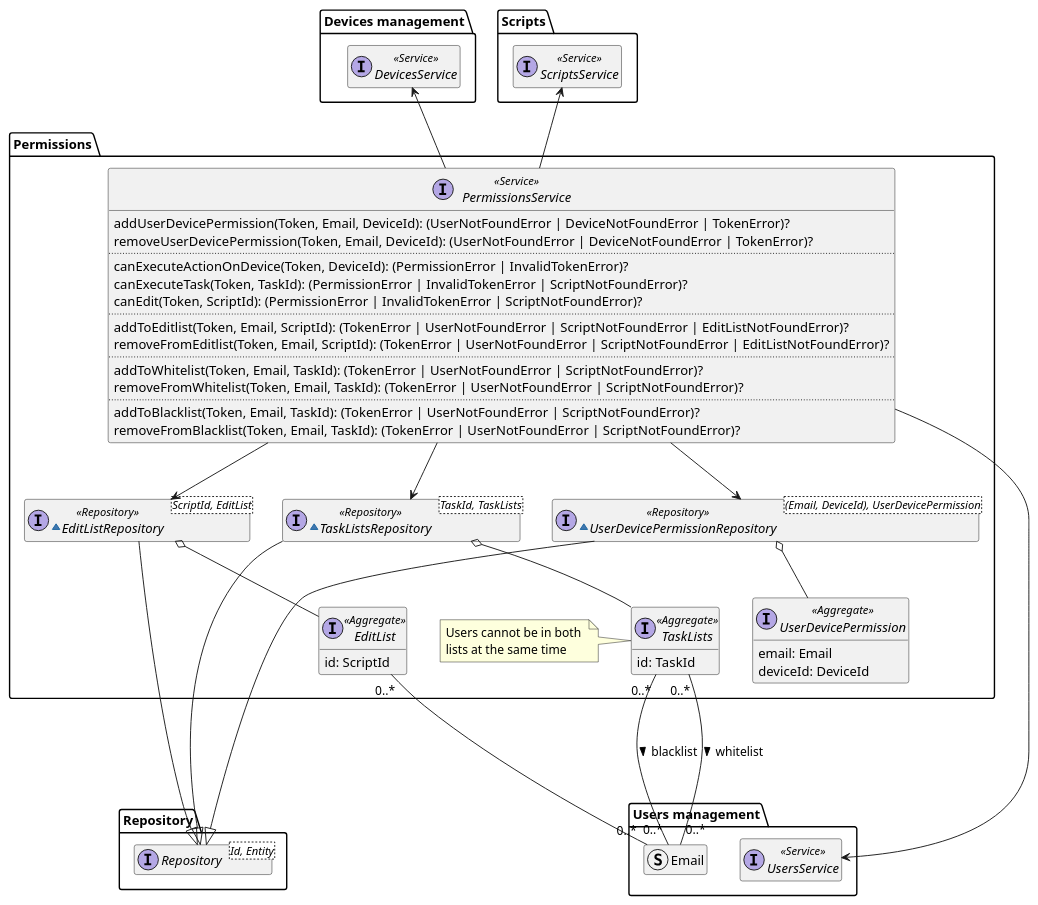
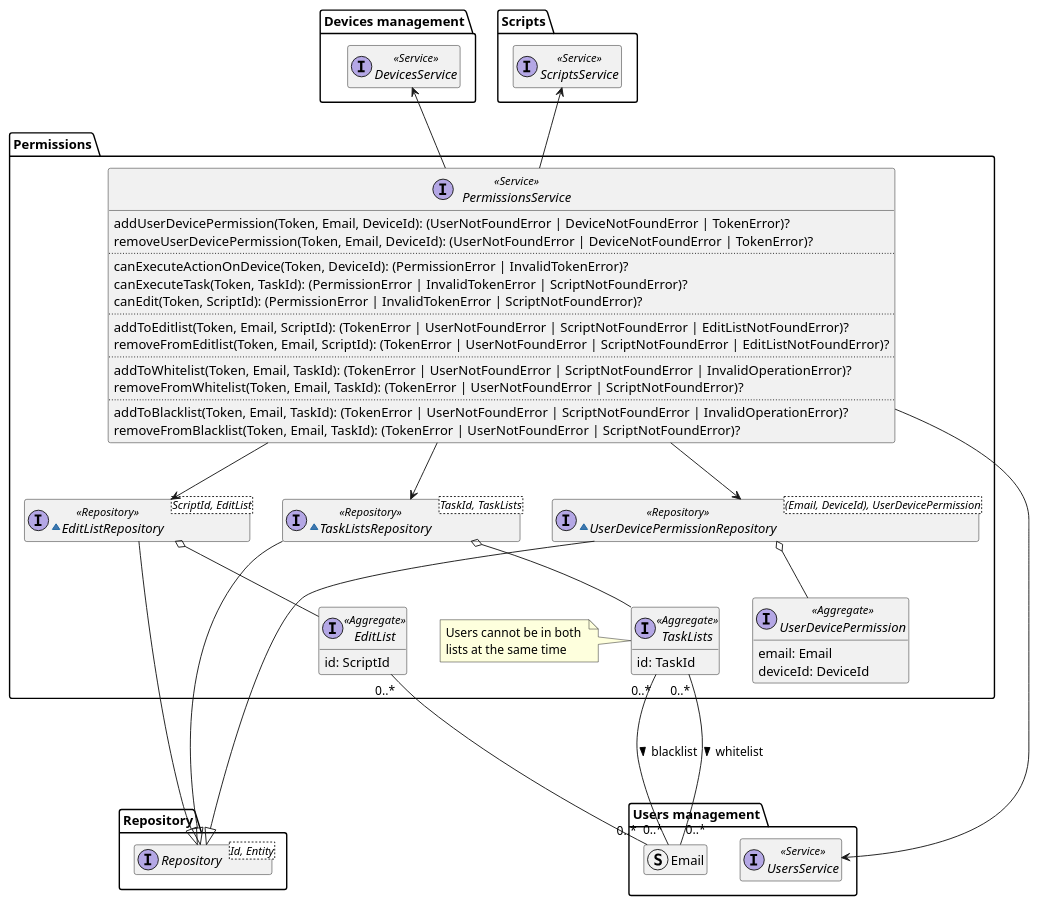
Before and after one commit to DomoticASW/.github: the diagram in diagrams/src/permissions-domain-model.puml, drawn with PlantUML. The commit also changed 1 other file, not shown here.

Commit message:
add errors in diagram

```diff
--- a/diagrams/src/permissions-domain-model.puml
+++ b/diagrams/src/permissions-domain-model.puml
@@ -2,86 +2,86 @@
 @startuml permissions-domain-model
 
 hide empty members
 package Repository{
     interface Repository<Id, Entity>
 }
 
 package "Users management" as UsersManagement {
     interface UsersService <<Service>>
     struct Email
 }
 
 package "Devices management" as DevicesManagement {
     interface DevicesService <<Service>>
 }
 
 package Scripts {
     interface ScriptsService <<Service>>
 }
 
 package "Permissions" {
     interface PermissionsService <<Service>> {
         addUserDevicePermission(Token, Email, DeviceId): (UserNotFoundError | DeviceNotFoundError | TokenError)?
         removeUserDevicePermission(Token, Email, DeviceId): (UserNotFoundError | DeviceNotFoundError | TokenError)?
         ..
         canExecuteActionOnDevice(Token, DeviceId): (PermissionError | InvalidTokenError)?
         canExecuteTask(Token, TaskId): (PermissionError | InvalidTokenError | ScriptNotFoundError)?
         canEdit(Token, ScriptId): (PermissionError | InvalidTokenError | ScriptNotFoundError)?
         ..
         addToEditlist(Token, Email, ScriptId): (TokenError | UserNotFoundError | ScriptNotFoundError | EditListNotFoundError)?
         removeFromEditlist(Token, Email, ScriptId): (TokenError | UserNotFoundError | ScriptNotFoundError | EditListNotFoundError)?
         ..
-        addToWhitelist(Token, Email, TaskId): (TokenError | UserNotFoundError | ScriptNotFoundError)?
+        addToWhitelist(Token, Email, TaskId): (TokenError | UserNotFoundError | ScriptNotFoundError | InvalidOperationError)?
         removeFromWhitelist(Token, Email, TaskId): (TokenError | UserNotFoundError | ScriptNotFoundError)?
         ..
-        addToBlacklist(Token, Email, TaskId): (TokenError | UserNotFoundError | ScriptNotFoundError)?
+        addToBlacklist(Token, Email, TaskId): (TokenError | UserNotFoundError | ScriptNotFoundError | InvalidOperationError)?
         removeFromBlacklist(Token, Email, TaskId): (TokenError | UserNotFoundError | ScriptNotFoundError)?
     }
 
     ~interface UserDevicePermissionRepository<(Email, DeviceId), UserDevicePermission> <<Repository>> {
     }
 
     interface UserDevicePermission <<Aggregate>> {
         email: Email
         deviceId: DeviceId
     }
 
     ~interface EditListRepository<ScriptId, EditList> <<Repository>> {
     }
 
     interface EditList <<Aggregate>> {
         id: ScriptId
     }
 
     ~interface TaskListsRepository<TaskId, TaskLists> <<Repository>> {
     }
 
     interface TaskLists <<Aggregate>> {
         id: TaskId
     }
 
     note left of TaskLists
         Users cannot be in both 
         lists at the same time
     end note
 
 
     PermissionsService -u-> DevicesManagement.DevicesService
     PermissionsService --> UsersManagement.UsersService
     PermissionsService -u-> Scripts.ScriptsService
     PermissionsService --> UserDevicePermissionRepository
     PermissionsService --> EditListRepository
     PermissionsService --> TaskListsRepository
     UserDevicePermissionRepository ----|> Repository.Repository
     UserDevicePermissionRepository o-- UserDevicePermission
     EditList "0..*" -- "0..*" UsersManagement.Email
     EditListRepository --|> Repository.Repository
     EditListRepository o-- EditList
     TaskLists "0..*" --- "0..*" UsersManagement.Email : "blacklist >"
     TaskLists "0..*" --- "0..*" UsersManagement.Email : "whitelist >"
     TaskListsRepository --|> Repository.Repository
     TaskListsRepository o-- TaskLists
 
 }
 
 @enduml
```
